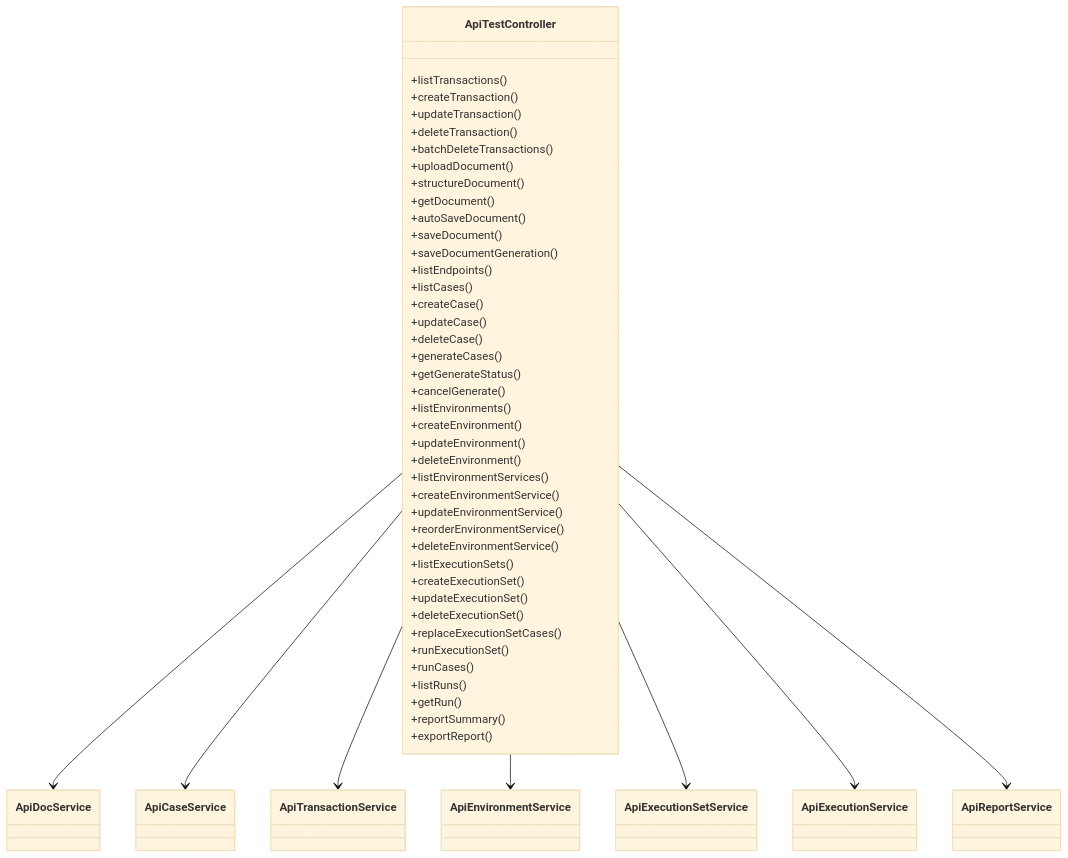
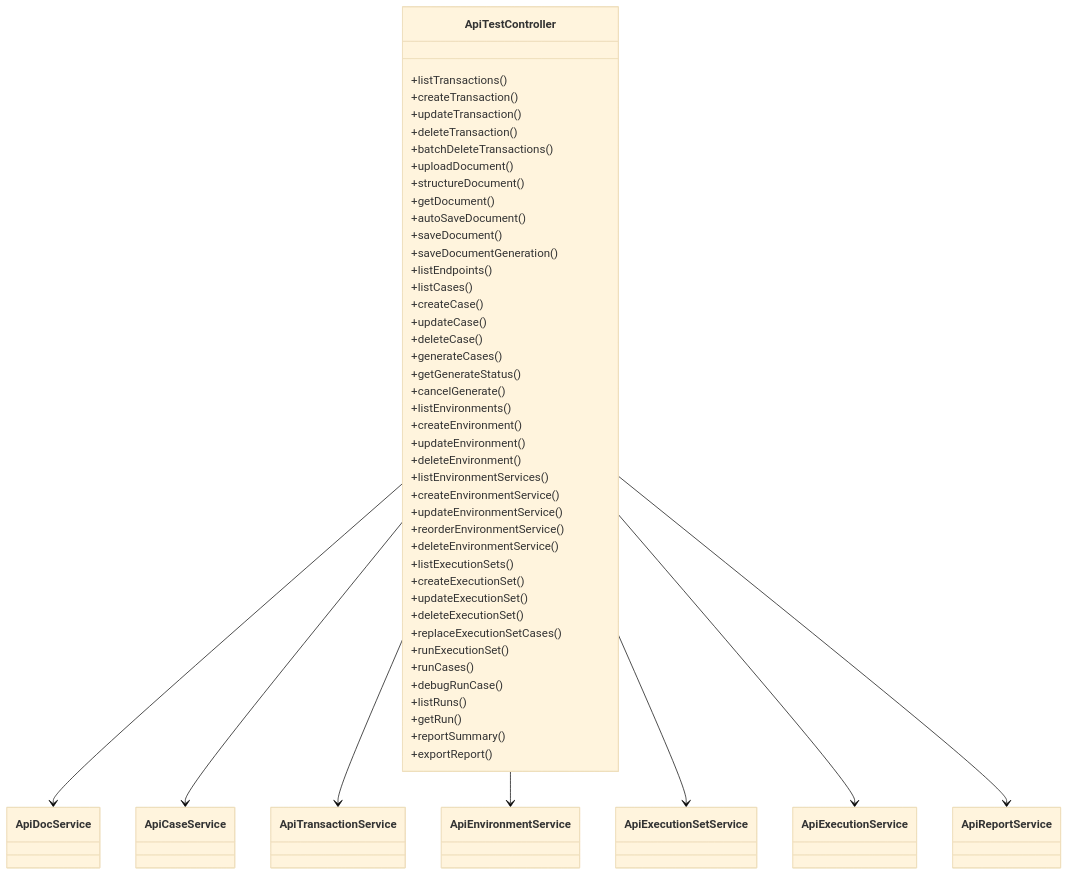
The sixth of 6 diagrams in .qoder/repowiki/zh/content/后端开发/控制器层开发/API 测试控制器.md (Lichhu/caseForge), drawn with Mermaid (base theme) before and after one commit. The commit also changed other lines of this file and 8 other files, not shown here.

````diff
--- a/.qoder/repowiki/zh/content/后端开发/控制器层开发/API 测试控制器.md
+++ b/.qoder/repowiki/zh/content/后端开发/控制器层开发/API 测试控制器.md
@@ -267,58 +328,59 @@
 ```mermaid
 classDiagram
 class ApiTestController {
 +listTransactions()
 +createTransaction()
 +updateTransaction()
 +deleteTransaction()
 +batchDeleteTransactions()
 +uploadDocument()
 +structureDocument()
 +getDocument()
 +autoSaveDocument()
 +saveDocument()
 +saveDocumentGeneration()
 +listEndpoints()
 +listCases()
 +createCase()
 +updateCase()
 +deleteCase()
 +generateCases()
 +getGenerateStatus()
 +cancelGenerate()
 +listEnvironments()
 +createEnvironment()
 +updateEnvironment()
 +deleteEnvironment()
 +listEnvironmentServices()
 +createEnvironmentService()
 +updateEnvironmentService()
 +reorderEnvironmentService()
 +deleteEnvironmentService()
 +listExecutionSets()
 +createExecutionSet()
 +updateExecutionSet()
 +deleteExecutionSet()
 +replaceExecutionSetCases()
 +runExecutionSet()
 +runCases()
++debugRunCase()
 +listRuns()
 +getRun()
 +reportSummary()
 +exportReport()
 }
 class ApiDocService
 class ApiCaseService
 class ApiTransactionService
 class ApiEnvironmentService
 class ApiExecutionSetService
 class ApiExecutionService
 class ApiReportService
 ApiTestController --> ApiDocService
 ApiTestController --> ApiCaseService
 ApiTestController --> ApiTransactionService
 ApiTestController --> ApiEnvironmentService
 ApiTestController --> ApiExecutionSetService
 ApiTestController --> ApiExecutionService
 ApiTestController --> ApiReportService
 ```
````
